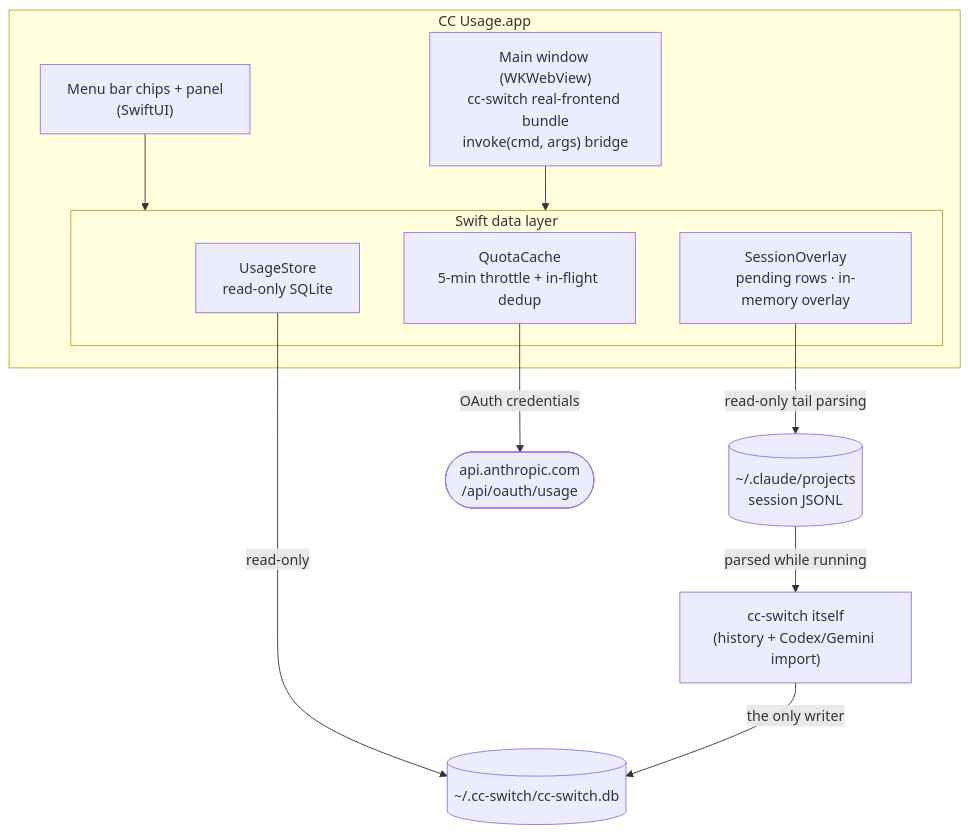
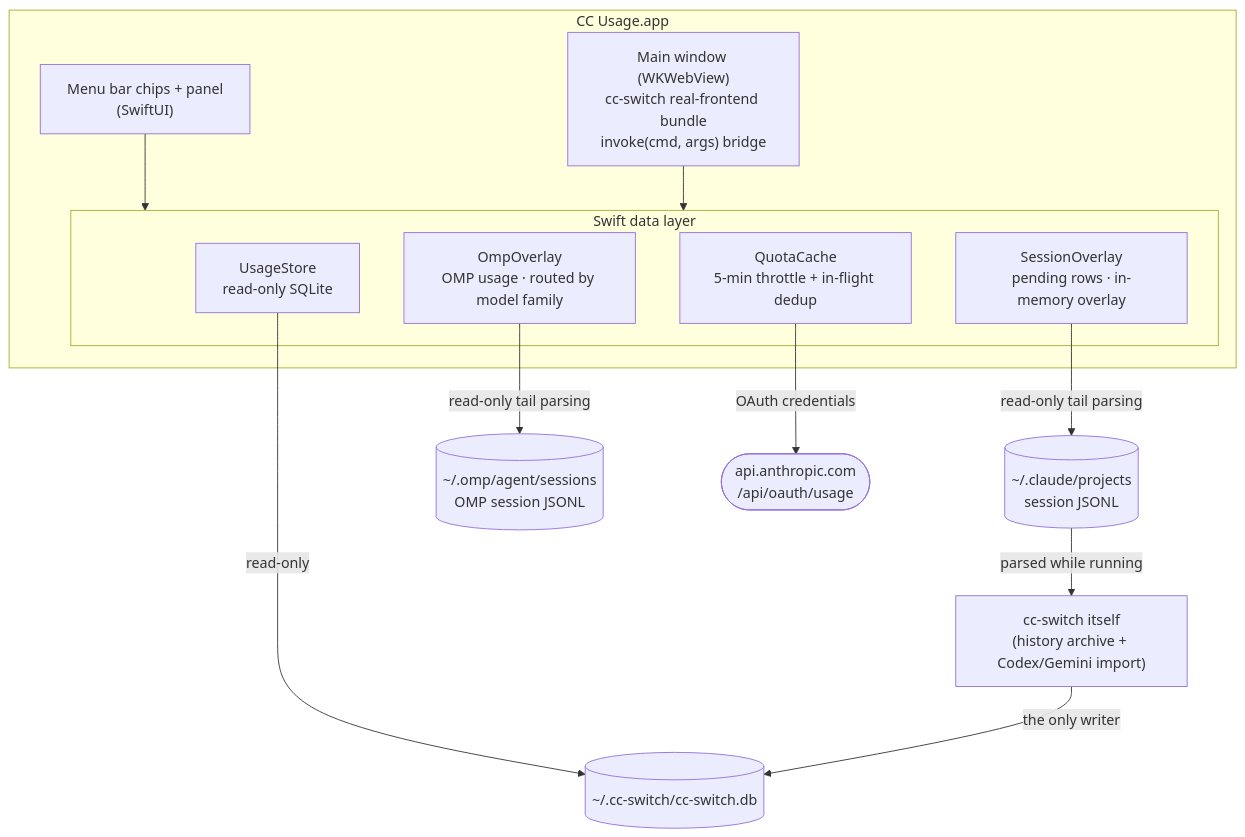
Before and after one commit to Eureka0w0v0/cc-usage: the diagram in README.en.md, drawn with Mermaid. The commit also changed other lines of this file and 9 other files, not shown here.

````diff
--- a/README.en.md
+++ b/README.en.md
@@ -80,24 +82,27 @@
 ```mermaid
 flowchart TB
     subgraph app["CC Usage.app"]
         menubar["Menu bar chips + panel<br/>(SwiftUI)"]
         panel["Main window (WKWebView)<br/>cc-switch real-frontend bundle<br/>invoke(cmd, args) bridge"]
         subgraph layer["Swift data layer"]
             UsageStore["UsageStore<br/>read-only SQLite"]
             SessionOverlay["SessionOverlay<br/>pending rows · in-memory overlay"]
+            OmpOverlay["OmpOverlay<br/>OMP usage · routed by model family"]
             QuotaCache["QuotaCache<br/>5-min throttle + in-flight dedup"]
         end
         menubar --> layer
         panel --> layer
     end
     db[("~/.cc-switch/cc-switch.db")]
     jsonl[("~/.claude/projects<br/>session JSONL")]
+    ompjsonl[("~/.omp/agent/sessions<br/>OMP session JSONL")]
     api(["api.anthropic.com<br/>/api/oauth/usage"])
-    ccswitch["cc-switch itself<br/>(history + Codex/Gemini import)"]
+    ccswitch["cc-switch itself<br/>(history archive + Codex/Gemini import)"]
 
     UsageStore -->|"read-only"| db
     SessionOverlay -->|"read-only tail parsing"| jsonl
+    OmpOverlay -->|"read-only tail parsing"| ompjsonl
     QuotaCache -->|"OAuth credentials"| api
     jsonl -->|"parsed while running"| ccswitch
     ccswitch -->|"the only writer"| db
 ```
````
